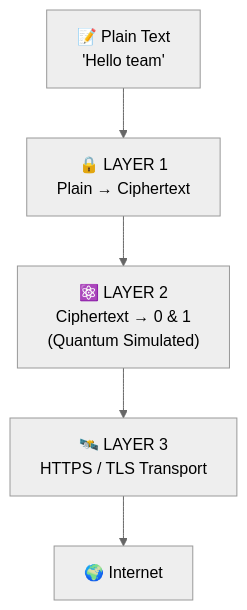
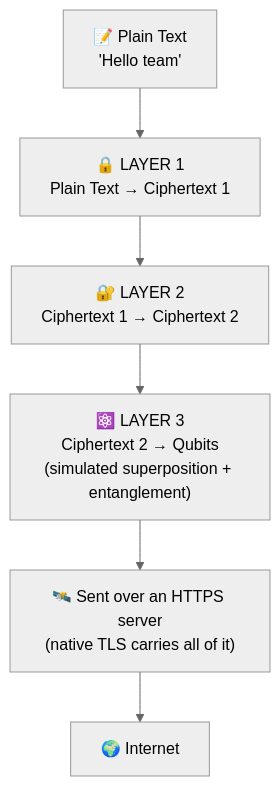
One commit to MrShadow009/Hybrid-Classical-Quantum-Secure-Messaging-Prototype changed the second of 20 diagrams in README.md. Above: the diagram before and after it, drawn with Mermaid (neutral theme). The commit also changed other lines of this file, not shown here.

````diff
--- a/README.md
+++ b/README.md
@@ -230,7 +239,8 @@
 ```mermaid
 flowchart TB
     P["📝 Plain Text<br/>'Hello team'"] --> L1
-    L1["🔒 LAYER 1<br/>Plain → Ciphertext"] --> L2
-    L2["⚛️ LAYER 2<br/>Ciphertext → 0 &amp; 1<br/>(Quantum Simulated)"] --> L3
-    L3["🛰️ LAYER 3<br/>HTTPS / TLS Transport"] --> N["🌍 Internet"]
+    L1["🔒 LAYER 1<br/>Plain Text → Ciphertext 1"] --> L2
+    L2["🔐 LAYER 2<br/>Ciphertext 1 → Ciphertext 2"] --> L3
+    L3["⚛️ LAYER 3<br/>Ciphertext 2 → Qubits<br/>(simulated superposition + entanglement)"] --> T
+    T["🛰️ Sent over an HTTPS server<br/>(native TLS carries all of it)"] --> N["🌍 Internet"]
 ```
````
